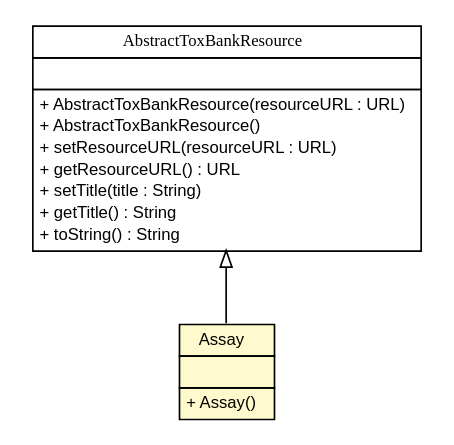
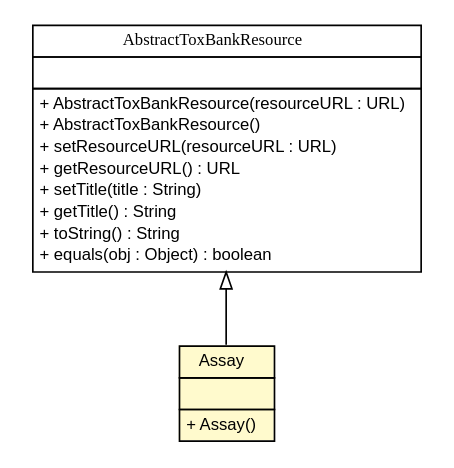
The diagram in apidocs/net/toxbank/client/resource/Assay.dot (ToxBank/toxbank-api-beans), drawn with Graphviz before and after one commit. The commit also changed 216 other files, not shown here.

```diff
--- a/apidocs/net/toxbank/client/resource/Assay.dot
+++ b/apidocs/net/toxbank/client/resource/Assay.dot
@@ -1,42 +1,43 @@
 #!/usr/local/bin/dot
 #
 # Class diagram 
 # Generated by UmlGraph version 4.6 (http://www.spinellis.gr/sw/umlgraph)
 #
 
 digraph G {
 	edge [fontname="arial",fontsize=10,labelfontname="arial",labelfontsize=10];
 	node [fontname="arial",fontsize=10,shape=plaintext];
 	// net.toxbank.client.resource.Assay
-	c903 [label=<<table border="0" cellborder="1" cellspacing="0" cellpadding="2" port="p" bgcolor="lemonChiffon" href="./Assay.html">
+	c1372 [label=<<table border="0" cellborder="1" cellspacing="0" cellpadding="2" port="p" bgcolor="lemonChiffon" href="./Assay.html">
 		<tr><td><table border="0" cellspacing="0" cellpadding="1">
 			<tr><td> Assay </td></tr>
 		</table></td></tr>
 		<tr><td><table border="0" cellspacing="0" cellpadding="1">
 			<tr><td align="left">  </td></tr>
 		</table></td></tr>
 		<tr><td><table border="0" cellspacing="0" cellpadding="1">
 			<tr><td align="left"> + Assay() </td></tr>
 		</table></td></tr>
 		</table>>, fontname="arial", fontcolor="black", fontsize=10.0];
 	// net.toxbank.client.resource.AbstractToxBankResource
-	c906 [label=<<table border="0" cellborder="1" cellspacing="0" cellpadding="2" port="p" href="./AbstractToxBankResource.html">
+	c1375 [label=<<table border="0" cellborder="1" cellspacing="0" cellpadding="2" port="p" href="./AbstractToxBankResource.html">
 		<tr><td><table border="0" cellspacing="0" cellpadding="1">
 			<tr><td><font face="ariali"> AbstractToxBankResource </font></td></tr>
 		</table></td></tr>
 		<tr><td><table border="0" cellspacing="0" cellpadding="1">
 			<tr><td align="left">  </td></tr>
 		</table></td></tr>
 		<tr><td><table border="0" cellspacing="0" cellpadding="1">
 			<tr><td align="left"> + AbstractToxBankResource(resourceURL : URL) </td></tr>
 			<tr><td align="left"> + AbstractToxBankResource() </td></tr>
 			<tr><td align="left"> + setResourceURL(resourceURL : URL) </td></tr>
 			<tr><td align="left"> + getResourceURL() : URL </td></tr>
 			<tr><td align="left"> + setTitle(title : String) </td></tr>
 			<tr><td align="left"> + getTitle() : String </td></tr>
 			<tr><td align="left"> + toString() : String </td></tr>
+			<tr><td align="left"> + equals(obj : Object) : boolean </td></tr>
 		</table></td></tr>
 		</table>>, fontname="arial", fontcolor="black", fontsize=10.0];
 	//net.toxbank.client.resource.Assay extends net.toxbank.client.resource.AbstractToxBankResource
-	c906:p -> c903:p [dir=back,arrowtail=empty];
+	c1375:p -> c1372:p [dir=back,arrowtail=empty];
 }
```
